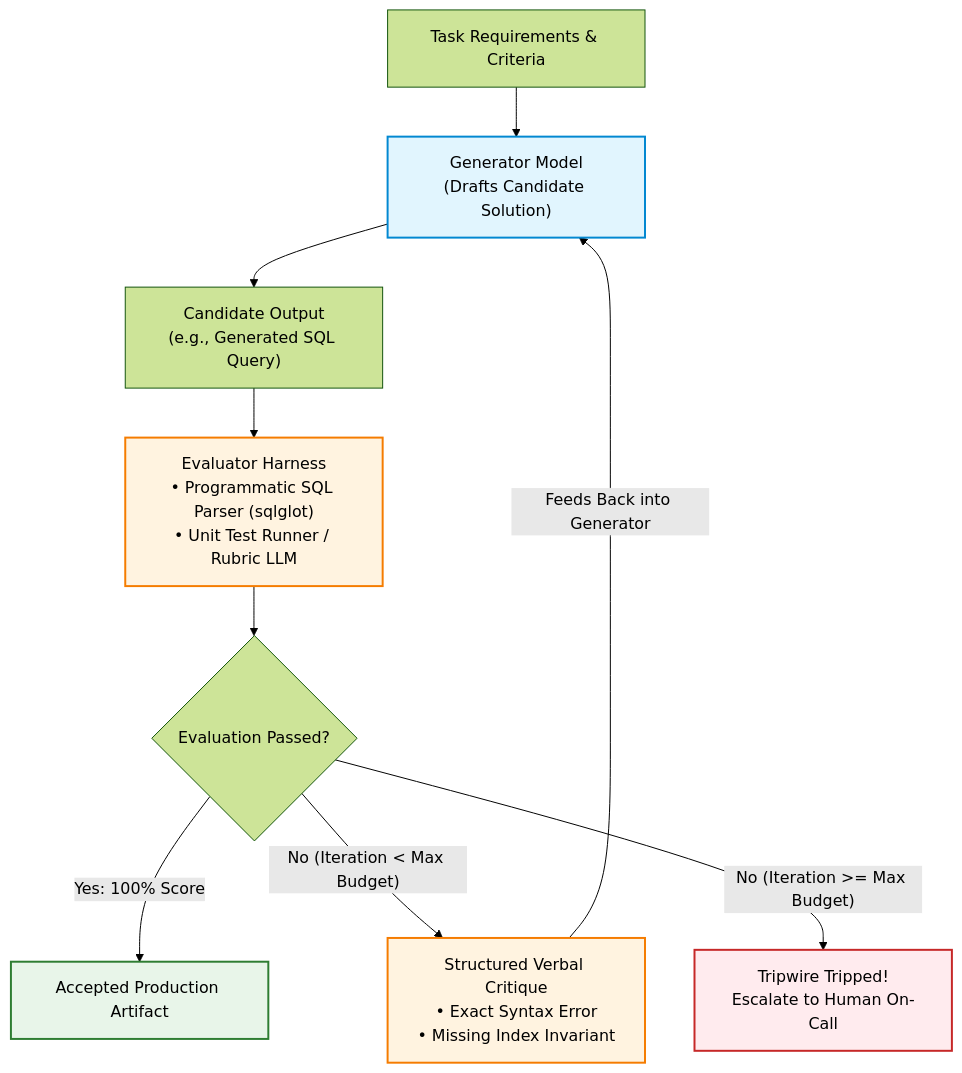
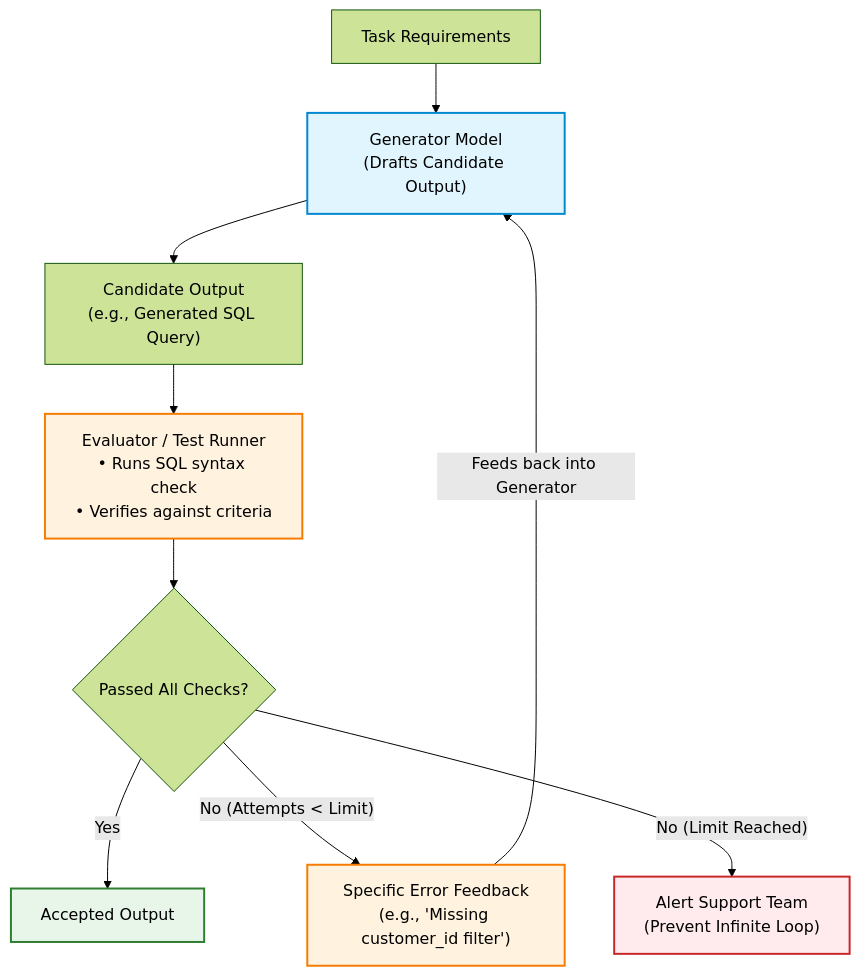
The eighth of 8 diagrams in 04-agentic-systems-and-orchestration/01-workflows-vs-agents-and-orchestration-patterns.md (dip4k/senior-engineer-to-ai-engineer-roadmap), drawn with Mermaid (forest theme) before and after one commit. The commit also changed other lines of this file and 11 other files, not shown here.

````diff
--- a/04-agentic-systems-and-orchestration/01-workflows-vs-agents-and-orchestration-patterns.md
+++ b/04-agentic-systems-and-orchestration/01-workflows-vs-agents-and-orchestration-patterns.md
@@ -292,20 +284,20 @@
 ```mermaid
 flowchart TD
     classDef gen fill:#e1f5fe,stroke:#0288d1,stroke-width:2px;
     classDef eval fill:#fff3e0,stroke:#f57c00,stroke-width:2px;
     classDef term fill:#e8f5e9,stroke:#2e7d32,stroke-width:2px;
-    classDef trip fill:#ffebee,stroke:#c62828,stroke-width:2px;
+    classDef alert fill:#ffebee,stroke:#c62828,stroke-width:2px;
 
-    Task["Task Requirements & Criteria"] --> Gen["Generator Model\n(Drafts Candidate Solution)"]:::gen
+    Task["Task Requirements"] --> Gen["Generator Model\n(Drafts Candidate Output)"]:::gen
     Gen --> Cand["Candidate Output\n(e.g., Generated SQL Query)"]
     
-    Cand --> Eval["Evaluator Harness\n• Programmatic SQL Parser (sqlglot)\n• Unit Test Runner / Rubric LLM"]:::eval
+    Cand --> Eval["Evaluator / Test Runner\n• Runs SQL syntax check\n• Verifies against criteria"]:::eval
     
-    Eval --> Check{"Evaluation Passed?"}
+    Eval --> Check{"Passed All Checks?"}
     
-    Check -- "Yes: 100% Score" --> Accepted["Accepted Production Artifact"]:::term
-    Check -- "No (Iteration < Max Budget)" --> Feedback["Structured Verbal Critique\n• Exact Syntax Error\n• Missing Index Invariant"]:::eval
+    Check -- "Yes" --> Accepted["Accepted Output"]:::term
+    Check -- "No (Attempts < Limit)" --> Feedback["Specific Error Feedback\n(e.g., 'Missing customer_id filter')"]:::eval
     
-    Feedback -->|"Feeds Back into Generator"| Gen
-    Check -- "No (Iteration >= Max Budget)" --> CircuitBreaker["Tripwire Tripped!\nEscalate to Human On-Call"]:::trip
+    Feedback -->|"Feeds back into Generator"| Gen
+    Check -- "No (Limit Reached)" --> Alert["Alert Support Team\n(Prevent Infinite Loop)"]:::alert
 ```
````
